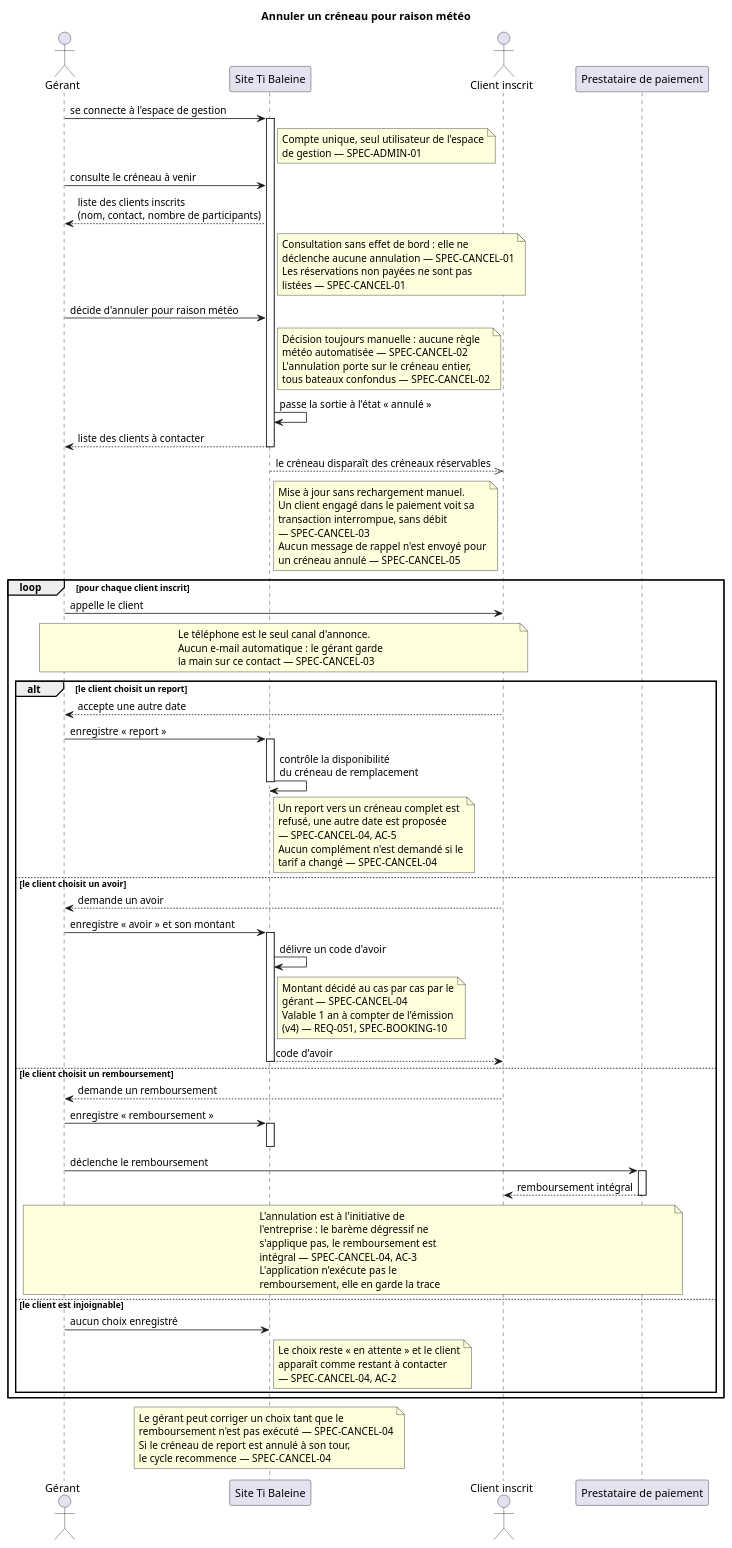
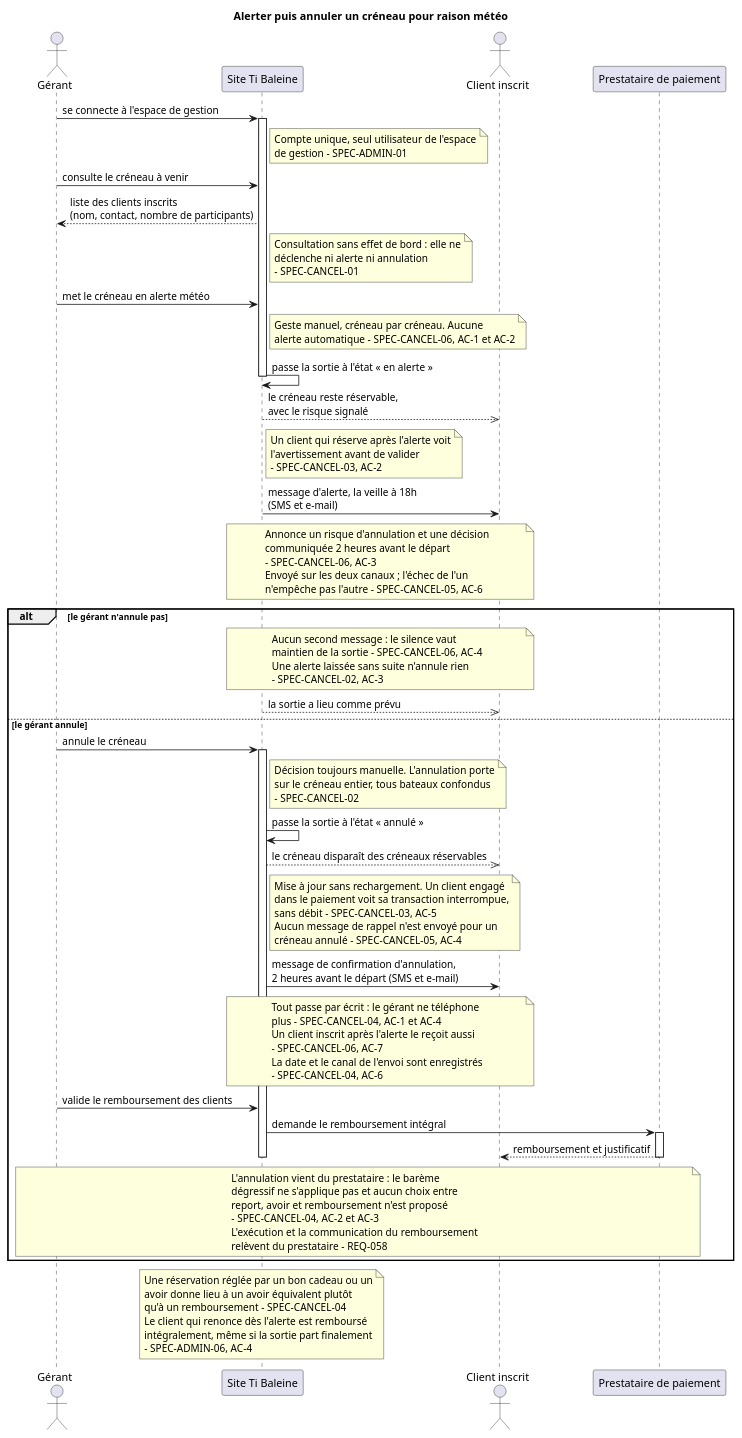
Before and after one commit to IamArayel/CDA9-Analyse-et-Conception-d-Applications: the diagram in docs/uml/sequences/annuler-creneau-meteo.puml, drawn with PlantUML. The commit also changed 2 other files, not shown here.

Commit message:
docs(uml): réécrire la séquence d'annulation météo et intégrer l'immobilisation

```diff
--- a/docs/uml/sequences/annuler-creneau-meteo.puml
+++ b/docs/uml/sequences/annuler-creneau-meteo.puml
@@ -1,123 +1,117 @@
 @startuml annuler-creneau-meteo
-' Séquence — Annuler un créneau pour raison météo (UC7, UC6, UC8, UC9)
+' Séquence - Alerter puis annuler un créneau pour raison météo
+' (UC6, UC7, UC9, UC14)
 ' Vocabulaire client (cf. cahier-des-charges.md §13 Glossaire).
-' Réalise SPEC-CANCEL-01 à 04, SPEC-ADMIN-01.
-' L'application ne décide rien et n'envoie rien : elle rend le créneau
-' indisponible et garde la trace du choix convenu au téléphone.
+' Réalise SPEC-CANCEL-01 à 04 et SPEC-CANCEL-06, SPEC-ADMIN-01.
+' Réécrit en v5 : le gérant ne téléphone plus, et l'annulation qu'il décide
+' donne toujours un remboursement intégral, sans choix proposé au client.
 
-title Annuler un créneau pour raison météo
+title Alerter puis annuler un créneau pour raison météo
 
 actor "Gérant" as Gerant
 participant "Site Ti Baleine" as Site
 actor "Client inscrit" as Client
 participant "Prestataire de paiement" as Paiement
 
 Gerant -> Site : se connecte à l'espace de gestion
 activate Site
 note right of Site
   Compte unique, seul utilisateur de l'espace
-  de gestion — SPEC-ADMIN-01
+  de gestion - SPEC-ADMIN-01
 end note
 
 Gerant -> Site : consulte le créneau à venir
 Site --> Gerant : liste des clients inscrits\n(nom, contact, nombre de participants)
 note right of Site
   Consultation sans effet de bord : elle ne
-  déclenche aucune annulation — SPEC-CANCEL-01
-  Les réservations non payées ne sont pas
-  listées — SPEC-CANCEL-01
+  déclenche ni alerte ni annulation
+  - SPEC-CANCEL-01
 end note
 
-Gerant -> Site : décide d'annuler pour raison météo
+Gerant -> Site : met le créneau en alerte météo
 note right of Site
-  Décision toujours manuelle : aucune règle
-  météo automatisée — SPEC-CANCEL-02
-  L'annulation porte sur le créneau entier,
-  tous bateaux confondus — SPEC-CANCEL-02
+  Geste manuel, créneau par créneau. Aucune
+  alerte automatique - SPEC-CANCEL-06, AC-1 et AC-2
 end note
-Site -> Site : passe la sortie à l'état « annulé »
-Site --> Gerant : liste des clients à contacter
+Site -> Site : passe la sortie à l'état « en alerte »
 deactivate Site
 
-Site -->> Client : le créneau disparaît des créneaux réservables
+Site -->> Client : le créneau reste réservable,\navec le risque signalé
 note right of Site
-  Mise à jour sans rechargement manuel.
-  Un client engagé dans le paiement voit sa
-  transaction interrompue, sans débit
-  — SPEC-CANCEL-03
-  Aucun message de rappel n'est envoyé pour
-  un créneau annulé — SPEC-CANCEL-05
+  Un client qui réserve après l'alerte voit
+  l'avertissement avant de valider
+  - SPEC-CANCEL-03, AC-2
 end note
 
-loop pour chaque client inscrit
-  Gerant -> Client : appelle le client
-  note over Gerant, Client
-    Le téléphone est le seul canal d'annonce.
-    Aucun e-mail automatique : le gérant garde
-    la main sur ce contact — SPEC-CANCEL-03
+Site -> Client : message d'alerte, la veille à 18h\n(SMS et e-mail)
+note over Site, Client
+  Annonce un risque d'annulation et une décision
+  communiquée 2 heures avant le départ
+  - SPEC-CANCEL-06, AC-3
+  Envoyé sur les deux canaux ; l'échec de l'un
+  n'empêche pas l'autre - SPEC-CANCEL-05, AC-6
+end note
+
+alt le gérant n'annule pas
+  note over Site, Client
+    Aucun second message : le silence vaut
+    maintien de la sortie - SPEC-CANCEL-06, AC-4
+    Une alerte laissée sans suite n'annule rien
+    - SPEC-CANCEL-02, AC-3
+  end note
+  Site -->> Client : la sortie a lieu comme prévu
+
+else le gérant annule
+  Gerant -> Site : annule le créneau
+  activate Site
+  note right of Site
+    Décision toujours manuelle. L'annulation porte
+    sur le créneau entier, tous bateaux confondus
+    - SPEC-CANCEL-02
+  end note
+  Site -> Site : passe la sortie à l'état « annulé »
+  Site -->> Client : le créneau disparaît des créneaux réservables
+  note right of Site
+    Mise à jour sans rechargement. Un client engagé
+    dans le paiement voit sa transaction interrompue,
+    sans débit - SPEC-CANCEL-03, AC-5
+    Aucun message de rappel n'est envoyé pour un
+    créneau annulé - SPEC-CANCEL-05, AC-4
   end note
 
-  alt le client choisit un report
-    Client --> Gerant : accepte une autre date
-    Gerant -> Site : enregistre « report »
-    activate Site
-    Site -> Site : contrôle la disponibilité\ndu créneau de remplacement
-    note right of Site
-      Un report vers un créneau complet est
-      refusé, une autre date est proposée
-      — SPEC-CANCEL-04, AC-5
-      Aucun complément n'est demandé si le
-      tarif a changé — SPEC-CANCEL-04
-    end note
-    deactivate Site
+  Site -> Client : message de confirmation d'annulation,\n2 heures avant le départ (SMS et e-mail)
+  note over Site, Client
+    Tout passe par écrit : le gérant ne téléphone
+    plus - SPEC-CANCEL-04, AC-1 et AC-4
+    Un client inscrit après l'alerte le reçoit aussi
+    - SPEC-CANCEL-06, AC-7
+    La date et le canal de l'envoi sont enregistrés
+    - SPEC-CANCEL-04, AC-6
+  end note
 
-  else le client choisit un avoir
-    Client --> Gerant : demande un avoir
-    Gerant -> Site : enregistre « avoir » et son montant
-    activate Site
-    Site -> Site : délivre un code d'avoir
-    note right of Site
-      Montant décidé au cas par cas par le
-      gérant — SPEC-CANCEL-04
-      Valable 1 an à compter de l'émission
-      (v4) — REQ-051, SPEC-BOOKING-10
-    end note
-    Site --> Client : code d'avoir
-    deactivate Site
-
-  else le client choisit un remboursement
-    Client --> Gerant : demande un remboursement
-    Gerant -> Site : enregistre « remboursement »
-    activate Site
-    deactivate Site
-    Gerant -> Paiement : déclenche le remboursement
-    activate Paiement
-    Paiement --> Client : remboursement intégral
-    deactivate Paiement
-    note over Gerant, Paiement
-      L'annulation est à l'initiative de
-      l'entreprise : le barème dégressif ne
-      s'applique pas, le remboursement est
-      intégral — SPEC-CANCEL-04, AC-3
-      L'application n'exécute pas le
-      remboursement, elle en garde la trace
-    end note
-
-  else le client est injoignable
-    Gerant -> Site : aucun choix enregistré
-    note right of Site
-      Le choix reste « en attente » et le client
-      apparaît comme restant à contacter
-      — SPEC-CANCEL-04, AC-2
-    end note
-  end
+  Gerant -> Site : valide le remboursement des clients
+  Site -> Paiement : demande le remboursement intégral
+  activate Paiement
+  Paiement --> Client : remboursement et justificatif
+  deactivate Paiement
+  deactivate Site
+  note over Gerant, Paiement
+    L'annulation vient du prestataire : le barème
+    dégressif ne s'applique pas et aucun choix entre
+    report, avoir et remboursement n'est proposé
+    - SPEC-CANCEL-04, AC-2 et AC-3
+    L'exécution et la communication du remboursement
+    relèvent du prestataire - REQ-058
+  end note
 end
 
 note over Site
-  Le gérant peut corriger un choix tant que le
-  remboursement n'est pas exécuté — SPEC-CANCEL-04
-  Si le créneau de report est annulé à son tour,
-  le cycle recommence — SPEC-CANCEL-04
+  Une réservation réglée par un bon cadeau ou un
+  avoir donne lieu à un avoir équivalent plutôt
+  qu'à un remboursement - SPEC-CANCEL-04
+  Le client qui renonce dès l'alerte est remboursé
+  intégralement, même si la sortie part finalement
+  - SPEC-ADMIN-06, AC-4
 end note
 
 @enduml
```
